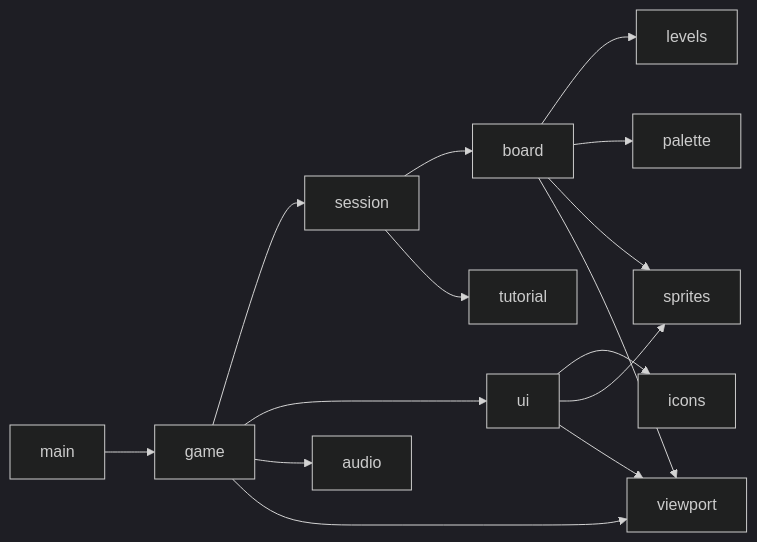
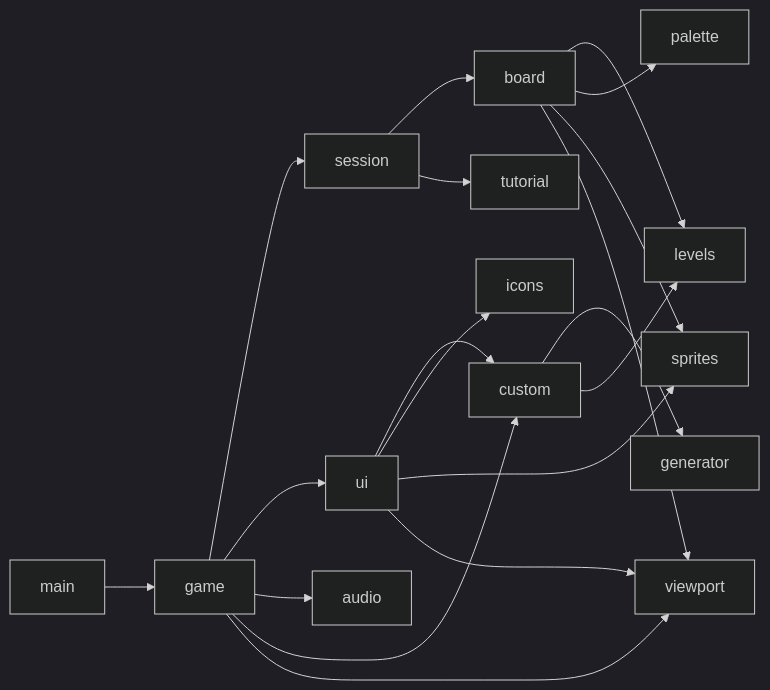
Before and after one commit to rt265/another-arrow-rt265: the diagram in docs/dev/development-guide.md, drawn with Mermaid (dark theme). The commit also changed other lines of this file and 15 other files, not shown here.

````diff
--- a/docs/dev/development-guide.md
+++ b/docs/dev/development-guide.md
@@ -96,8 +96,9 @@
 ```mermaid
 graph LR
     main --> game
-    game --> session & ui & audio & viewport
+    game --> session & ui & audio & custom & viewport
     session --> board & tutorial
     board --> levels & palette & sprites & viewport
-    ui --> icons & sprites & viewport
+    ui --> custom & icons & sprites & viewport
+    custom --> generator & levels
 ```
````
